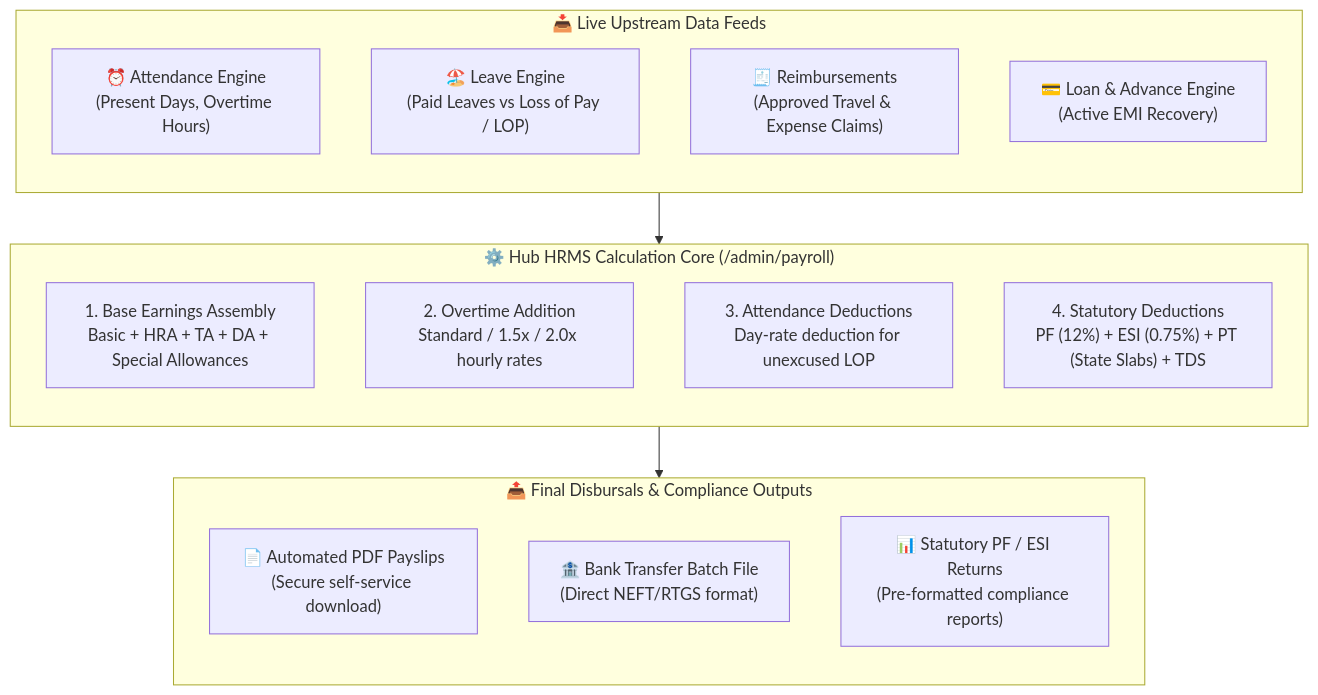
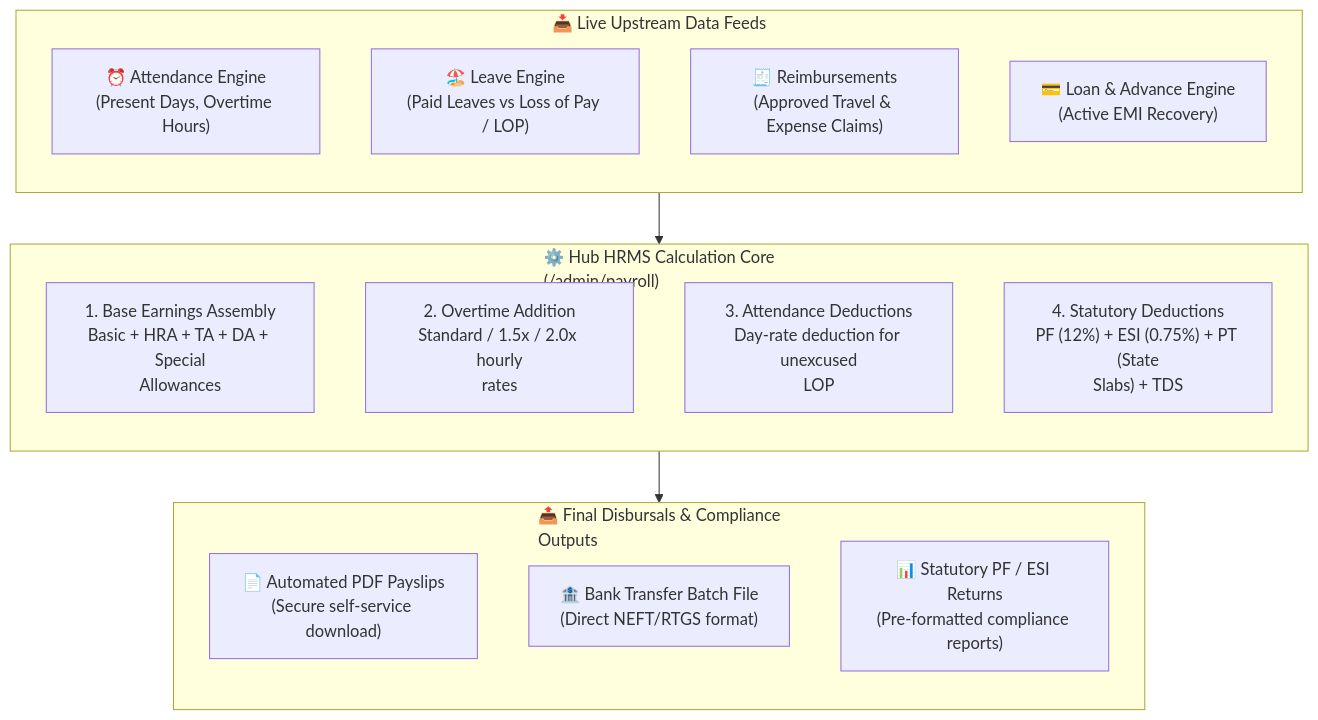
One commit to SRJ-GROUP/hubnest_user_guide changed the diagram in docs/hrms/payroll.md. Above: the diagram before and after it, drawn with Mermaid. The commit also changed 161 other files, not shown here.

Commit message:
feat: complete HubMeet suite, supervisor portal docs, diagram fixes, and interactive eye-button zoom modal

````diff
--- a/docs/hrms/payroll.md
+++ b/docs/hrms/payroll.md
@@ -26,28 +26,28 @@
 ```mermaid
 graph TB
     subgraph Inputs["📥 Live Upstream Data Feeds"]
         direction TB
         I1["⏰ Attendance Engine<br/>(Present Days, Overtime Hours)"]
         I2["🏖️ Leave Engine<br/>(Paid Leaves vs Loss of Pay / LOP)"]
         I3["🧾 Reimbursements<br/>(Approved Travel & Expense Claims)"]
         I4["💳 Loan & Advance Engine<br/>(Active EMI Recovery)"]
     end
 
-    subgraph PayrollEngine["⚙️ Hub HRMS Calculation Core (/admin/payroll)"]
+    subgraph PayrollEngine["⚙️ Hub HRMS Calculation Core<br/>(/admin/payroll)"]
         direction TB
-        C1["1. Base Earnings Assembly<br/>Basic + HRA + TA + DA + Special Allowances"]
-        C2["2. Overtime Addition<br/>Standard / 1.5x / 2.0x hourly rates"]
-        C3["3. Attendance Deductions<br/>Day-rate deduction for unexcused LOP"]
-        C4["4. Statutory Deductions<br/>PF (12%) + ESI (0.75%) + PT (State Slabs) + TDS"]
+        C1["1. Base Earnings Assembly<br/>Basic + HRA + TA + DA + Special<br/>Allowances"]
+        C2["2. Overtime Addition<br/>Standard / 1.5x / 2.0x hourly<br/>rates"]
+        C3["3. Attendance Deductions<br/>Day-rate deduction for unexcused<br/>LOP"]
+        C4["4. Statutory Deductions<br/>PF (12%) + ESI (0.75%) + PT (State<br/>Slabs) + TDS"]
     end
 
-    subgraph FinalOutputs["📤 Final Disbursals & Compliance Outputs"]
+    subgraph FinalOutputs["📤 Final Disbursals & Compliance<br/>Outputs"]
         direction TB
         O1["📄 Automated PDF Payslips<br/>(Secure self-service download)"]
         O2["🏦 Bank Transfer Batch File<br/>(Direct NEFT/RTGS format)"]
         O3["📊 Statutory PF / ESI Returns<br/>(Pre-formatted compliance reports)"]
     end
 
     Inputs --> PayrollEngine
     PayrollEngine --> FinalOutputs
 ```
````
